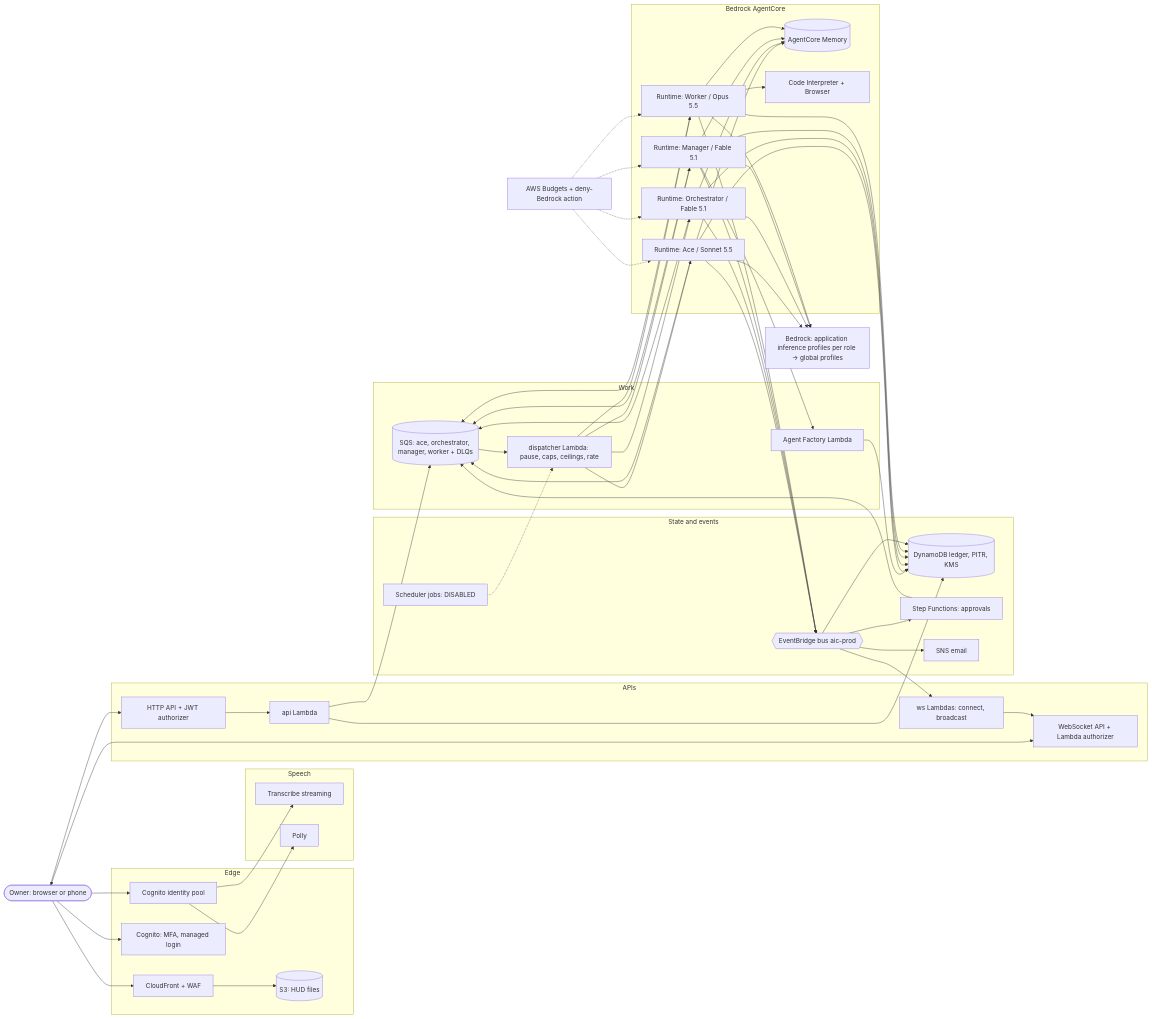
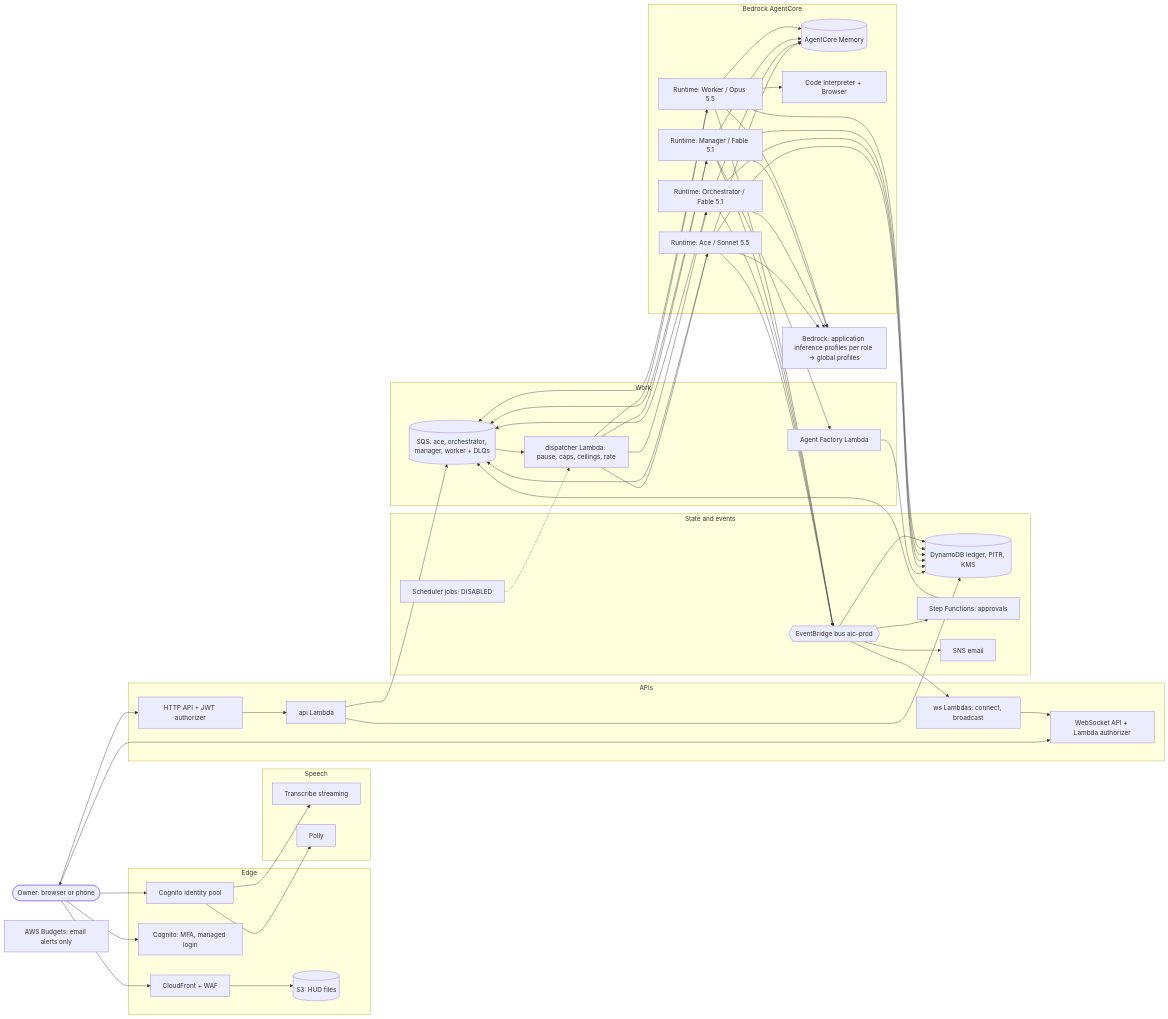
The diagram in docs/ARCHITECTURE.md (Lamo2real/ai-city-aws), drawn with Mermaid before and after one commit. The commit also changed other lines of this file and 37 other files, not shown here.

First line of the commit message:
No spend limit: caps off by default, AWS Budgets alerts only [skip ci]

````diff
--- a/docs/ARCHITECTURE.md
+++ b/docs/ARCHITECTURE.md
@@ -5,64 +5,63 @@
 ```mermaid
 flowchart LR
   owner([Owner: browser or phone])
   subgraph edge[Edge]
     cf[CloudFront + WAF]
     s3h[(S3: HUD files)]
     cog[Cognito: MFA, managed login]
     idp[Cognito identity pool]
   end
   subgraph speech[Speech]
     tr[Transcribe streaming]
     po[Polly]
   end
   subgraph apis[APIs]
     http[HTTP API + JWT authorizer]
     ws[WebSocket API + Lambda authorizer]
     api[api Lambda]
     wsl[ws Lambdas: connect, broadcast]
   end
   subgraph work[Work]
     q[(SQS: ace, orchestrator, manager, worker + DLQs)]
     disp[dispatcher Lambda: pause, caps, ceilings, rate]
     fac[Agent Factory Lambda]
   end
   subgraph agentcore[Bedrock AgentCore]
     rA[Runtime: Ace / Sonnet 5.5]
     rO[Runtime: Orchestrator / Fable 5.1]
     rM[Runtime: Manager / Fable 5.1]
     rW[Runtime: Worker / Opus 5.5]
     mem[(AgentCore Memory)]
     ci[Code Interpreter + Browser]
   end
   br[Bedrock: application inference profiles per role -> global profiles]
   subgraph state[State and events]
     ddb[(DynamoDB ledger, PITR, KMS)]
     eb{{EventBridge bus aic-prod}}
     sfn[Step Functions: approvals]
     sns[SNS email]
     sch[Scheduler jobs: DISABLED]
   end
-  bud[AWS Budgets + deny-Bedrock action]
+  bud[AWS Budgets: email alerts only]
 
   owner --> cf --> s3h
   owner --> cog
   owner --> idp --> tr & po
   owner --> http --> api
   owner <--> ws
   api --> q
   api --> ddb
   q --> disp --> rA & rO & rM & rW
   rM --> fac --> ddb
   rA & rO & rM & rW --> ddb
   rA & rO & rM & rW --> q
   rA & rO & rM & rW --> eb
   rA & rO & rM & rW --> br
   rW --> ci
   rA & rO & rM & rW --> mem
   eb --> wsl --> ws
   eb --> ddb
   eb --> sns
   eb --> sfn --> q
   sch -.-> disp
-  bud -.-> rA & rO & rM & rW
 ```
````
